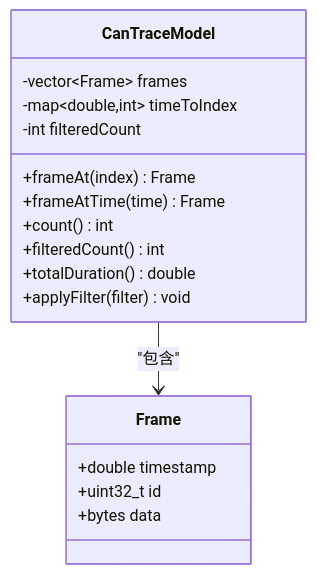
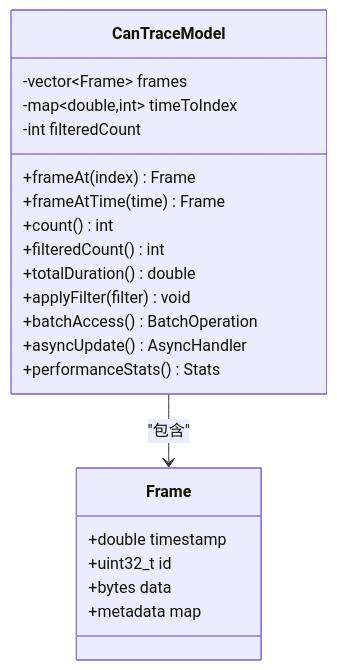
Before and after one commit to jakecai1225-design/OpenBus: the fifth of 6 diagrams in .qoder/repowiki/zh/content/架构设计/UI系统设计/播放控制Tab组件.md, drawn with Mermaid. The commit also changed other lines of this file and 59 other files, not shown here.

````diff
--- a/.qoder/repowiki/zh/content/架构设计/UI系统设计/播放控制Tab组件.md
+++ b/.qoder/repowiki/zh/content/架构设计/UI系统设计/播放控制Tab组件.md
@@ -235,20 +292,24 @@
 ```mermaid
 classDiagram
 class CanTraceModel {
 -vector~Frame~ frames
 -map~double,int~ timeToIndex
 -int filteredCount
 +frameAt(index) Frame
 +frameAtTime(time) Frame
 +count() int
 +filteredCount() int
 +totalDuration() double
 +applyFilter(filter) void
++batchAccess() BatchOperation
++asyncUpdate() AsyncHandler
++performanceStats() Stats
 }
 class Frame {
 +double timestamp
 +uint32_t id
 +bytes data
++metadata map
 }
 CanTraceModel --> Frame : "包含"
 ```
````
